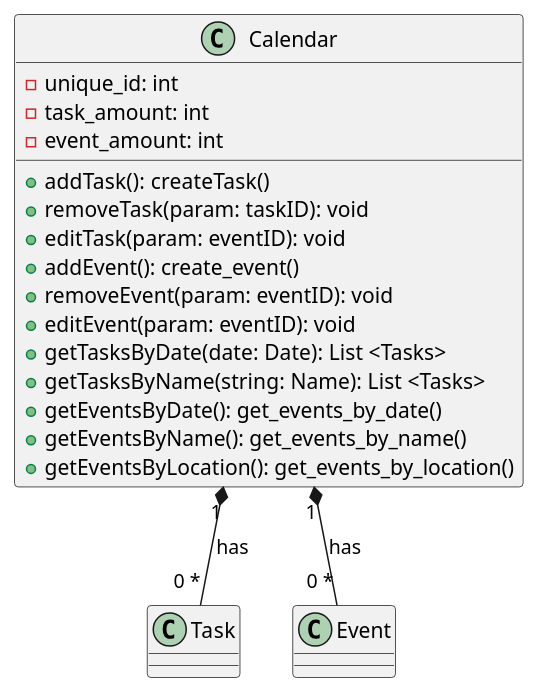
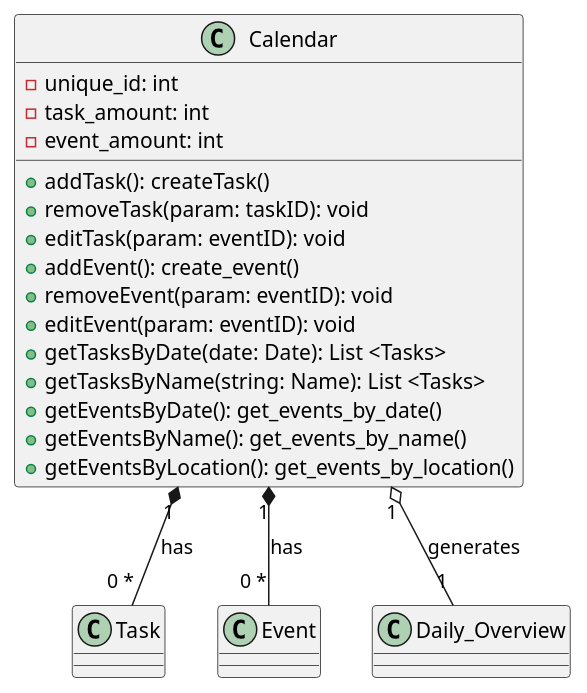
The diagram in assignment6/calendar.puml (CS361-2024Fall-Term/Innovators), drawn with PlantUML before and after one commit.

```diff
--- a/assignment6/calendar.puml
+++ b/assignment6/calendar.puml
@@ -1,29 +1,33 @@
 @startuml
 
 class Calendar {
   -unique_id: int  
   -task_amount: int
   -event_amount: int
   +addTask(): createTask()
   +removeTask(param: taskID): void
   +editTask(param: eventID): void
   +addEvent(): create_event()
   +removeEvent(param: eventID): void
   +editEvent(param: eventID): void
   +getTasksByDate(date: Date): List <Tasks>
   +getTasksByName(string: Name): List <Tasks>
   +getEventsByDate(): get_events_by_date()
   +getEventsByName(): get_events_by_name()
   +getEventsByLocation(): get_events_by_location()
 }
 
 class Task {
 }
 
 class Event {
 }
 
+class Daily_Overview {
+}
+
 Calendar "1" *-- "0 *" Task : "has"
 Calendar "1" *-- "0 *" Event : "has"
+Calendar "1" o-- "1" Daily_Overview : "generates"
 
 @enduml
```
